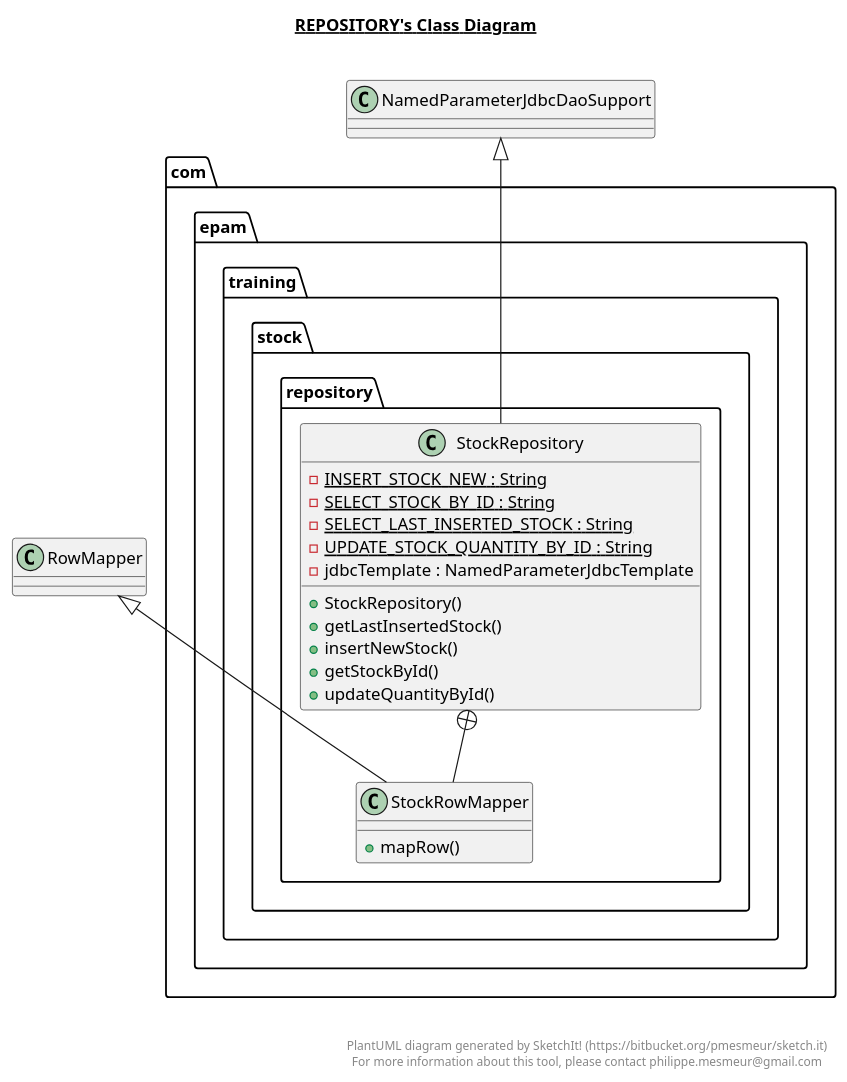
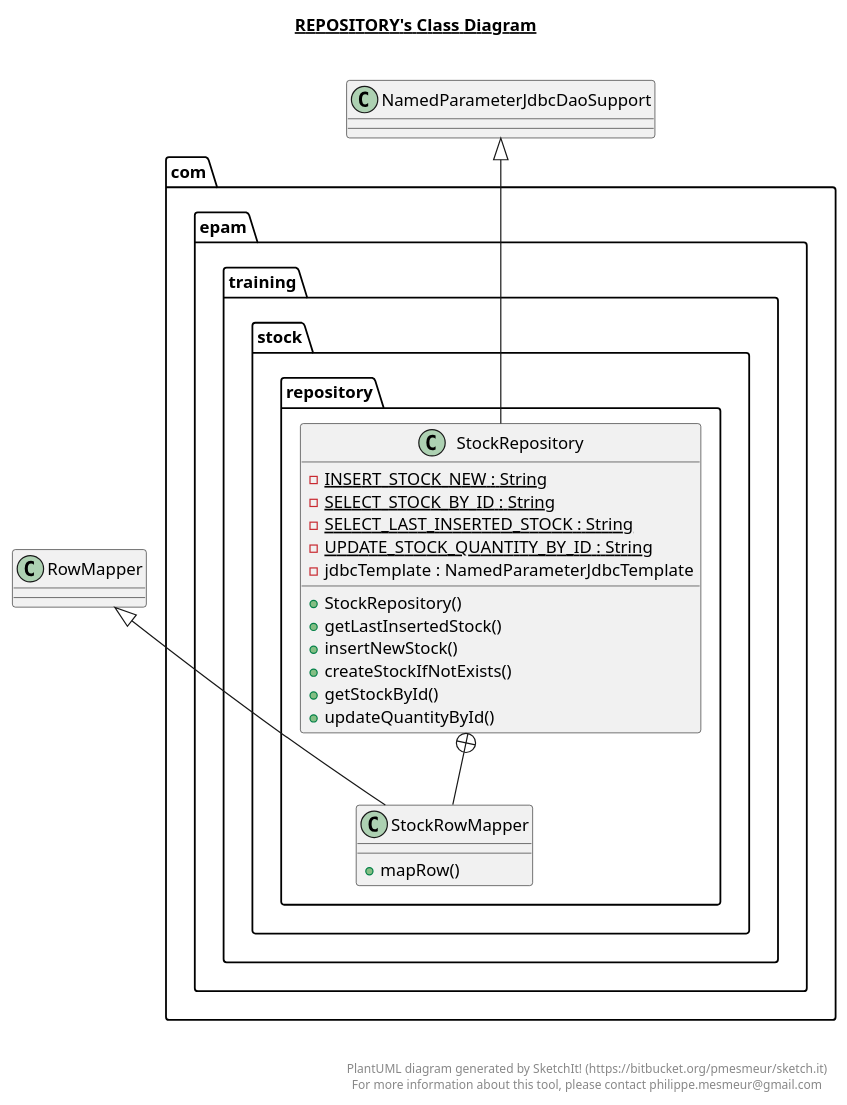
One commit to nik-nenkov/tutoring-rest-api-with-java changed the diagram in src/main/java/com/epam/training/stock/repository/repository.plantuml. Above: the diagram before and after it, drawn with PlantUML. The commit also changed 28 other files, not shown here.

```diff
--- a/src/main/java/com/epam/training/stock/repository/repository.plantuml
+++ b/src/main/java/com/epam/training/stock/repository/repository.plantuml
@@ -1,44 +1,49 @@
 @startuml
 
 title __REPOSITORY's Class Diagram__\n
 
-  package com.epam.training.stock {
-    package com.epam.training.stock.repository {
-      class StockRepository {
-          {static} - INSERT_STOCK_NEW : String
-          {static} - SELECT_STOCK_BY_ID : String
-          {static} - SELECT_LAST_INSERTED_STOCK : String
-          {static} - UPDATE_STOCK_QUANTITY_BY_ID : String
-          - jdbcTemplate : NamedParameterJdbcTemplate
-          + StockRepository()
-          + getLastInsertedStock()
-          + insertNewStock()
-          + getStockById()
-          + updateQuantityById()
+  package com.epam.training {
+    package com.epam.training.stock {
+      package com.epam.training.stock.repository {
+        class StockRepository {
+            {static} - INSERT_STOCK_NEW : String
+            {static} - SELECT_STOCK_BY_ID : String
+            {static} - SELECT_LAST_INSERTED_STOCK : String
+            {static} - UPDATE_STOCK_QUANTITY_BY_ID : String
+            - jdbcTemplate : NamedParameterJdbcTemplate
+            + StockRepository()
+            + getLastInsertedStock()
+            + insertNewStock()
+            + createStockIfNotExists()
+            + getStockById()
+            + updateQuantityById()
+        }
       }
     }
   }
   
 
-  package com.epam.training.stock {
-    package com.epam.training.stock.repository {
-      class StockRowMapper {
-          + mapRow()
+  package com.epam.training {
+    package com.epam.training.stock {
+      package com.epam.training.stock.repository {
+        class StockRowMapper {
+            + mapRow()
+        }
       }
     }
   }
   
 
   StockRepository -up-|> NamedParameterJdbcDaoSupport
   StockRepository +-down- StockRowMapper
   StockRowMapper -up-|> RowMapper
 
 
 right footer
 
 
 PlantUML diagram generated by SketchIt! (https://bitbucket.org/pmesmeur/sketch.it)
 For more information about this tool, please contact philippe.mesmeur@gmail.com
 endfooter
 
 @enduml
```
